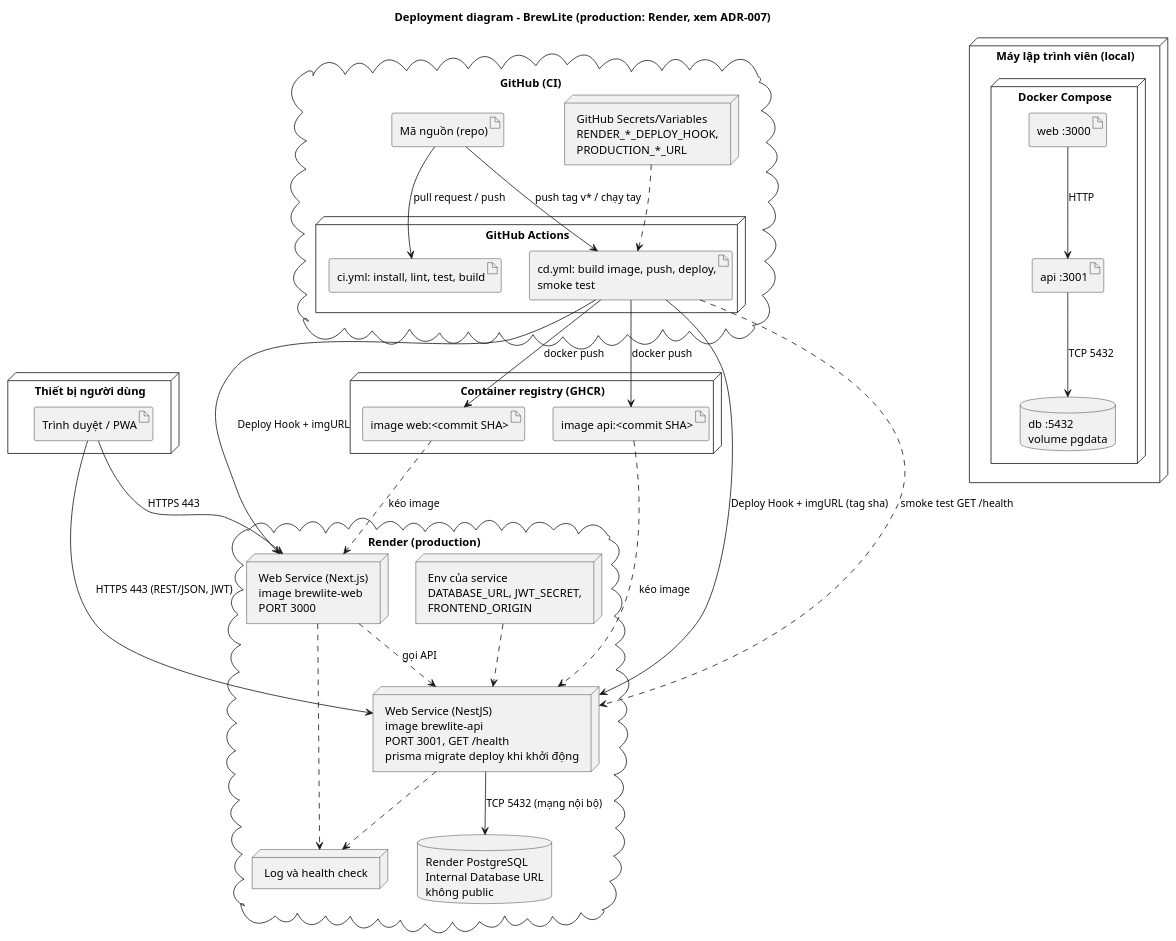
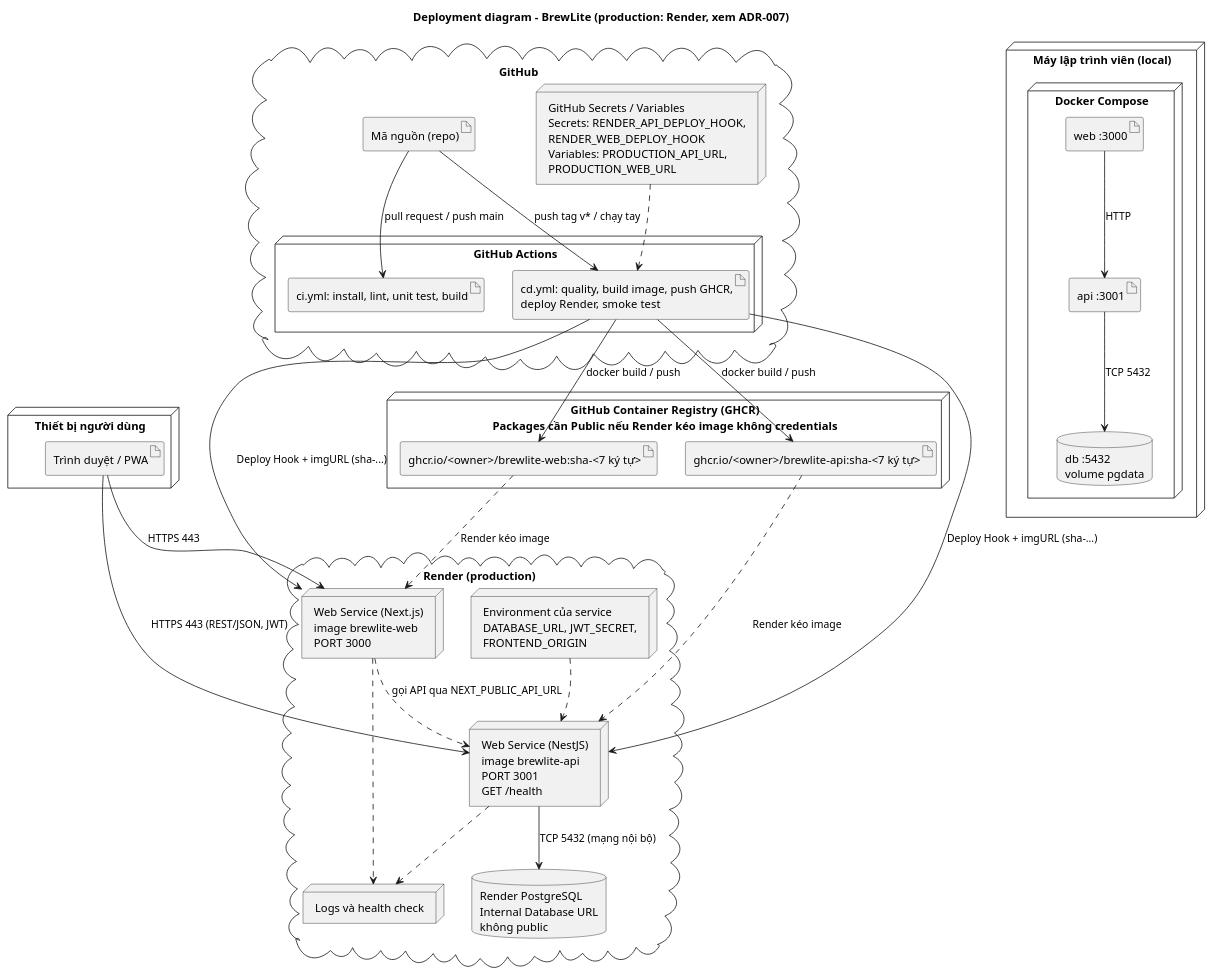
One commit to tthan-prog/BrewLite changed the diagram in docs/architecture/deployment-diagram.puml. Above: the diagram before and after it, drawn with PlantUML. The commit also changed 2 other files, not shown here.

Commit message:
Update deployment diagram and CI/CD workflows

```diff
--- a/docs/architecture/deployment-diagram.puml
+++ b/docs/architecture/deployment-diagram.puml
@@ -1,61 +1,60 @@
 @startuml deployment-diagram
 title Deployment diagram – BrewLite (production: Render, xem ADR-007)
 skinparam shadowing false
 skinparam nodeStyle rectangle
 
 node "Thiết bị người dùng" as DEV {
   artifact "Trình duyệt / PWA" as BROWSER
 }
 
 node "Máy lập trình viên (local)" as LOCAL {
   node "Docker Compose" as COMPOSE {
     artifact "web :3000" as L_WEB
     artifact "api :3001" as L_API
     database "db :5432\nvolume pgdata" as L_DB
   }
 }
 
-cloud "GitHub (CI)" as GH {
+cloud "GitHub" as GH {
+  artifact "Mã nguồn (repo)" as REPO
   node "GitHub Actions" as CI {
-    artifact "ci.yml: install, lint, test, build" as CIJOB
-    artifact "cd.yml: build image, push, deploy,\nsmoke test" as CDJOB
+    artifact "ci.yml: install, lint, unit test, build" as CIJOB
+    artifact "cd.yml: quality, build image, push GHCR,\ndeploy Render, smoke test" as CDJOB
   }
-  node "GitHub Secrets/Variables\nRENDER_*_DEPLOY_HOOK,\nPRODUCTION_*_URL" as SECRETS
-  artifact "Mã nguồn (repo)" as REPO
+  node "GitHub Secrets / Variables\nSecrets: RENDER_API_DEPLOY_HOOK,\nRENDER_WEB_DEPLOY_HOOK\nVariables: PRODUCTION_API_URL,\nPRODUCTION_WEB_URL" as SECRETS
 }
 
-node "Container registry (GHCR)" as REG {
-  artifact "image api:<commit SHA>" as IMG_API
-  artifact "image web:<commit SHA>" as IMG_WEB
+node "GitHub Container Registry (GHCR)\nPackages cần Public nếu Render kéo image không credentials" as REG {
+  artifact "ghcr.io/<owner>/brewlite-api:sha-<7 ký tự>" as IMG_API
+  artifact "ghcr.io/<owner>/brewlite-web:sha-<7 ký tự>" as IMG_WEB
 }
 
 cloud "Render (production)" as PROD {
   node "Web Service (Next.js)\nimage brewlite-web\nPORT 3000" as P_WEB
-  node "Web Service (NestJS)\nimage brewlite-api\nPORT 3001, GET /health\nprisma migrate deploy khi khởi động" as P_API
+  node "Web Service (NestJS)\nimage brewlite-api\nPORT 3001\nGET /health" as P_API
   database "Render PostgreSQL\nInternal Database URL\nkhông public" as P_DB
-  node "Env của service\nDATABASE_URL, JWT_SECRET,\nFRONTEND_ORIGIN" as P_ENV
-  node "Log và health check" as P_LOG
+  node "Environment của service\nDATABASE_URL, JWT_SECRET,\nFRONTEND_ORIGIN" as P_ENV
+  node "Logs và health check" as P_LOG
 }
 
 BROWSER --> P_WEB : HTTPS 443
 BROWSER --> P_API : HTTPS 443 (REST/JSON, JWT)
-P_WEB ..> P_API : gọi API
+P_WEB ..> P_API : gọi API qua NEXT_PUBLIC_API_URL
 P_API --> P_DB : TCP 5432 (mạng nội bộ)
 P_ENV ..> P_API
 P_API ..> P_LOG
 P_WEB ..> P_LOG
 
-REPO --> CIJOB : pull request / push
+REPO --> CIJOB : pull request / push main
 REPO --> CDJOB : push tag v* / chạy tay
 SECRETS ..> CDJOB
-CDJOB --> IMG_API : docker push
-CDJOB --> IMG_WEB : docker push
-CDJOB --> P_API : Deploy Hook + imgURL (tag sha)
-CDJOB --> P_WEB : Deploy Hook + imgURL
-CDJOB ..> P_API : smoke test GET /health
-IMG_API ..> P_API : kéo image
-IMG_WEB ..> P_WEB : kéo image
+CDJOB --> IMG_API : docker build / push
+CDJOB --> IMG_WEB : docker build / push
+CDJOB --> P_API : Deploy Hook + imgURL (sha-...)
+CDJOB --> P_WEB : Deploy Hook + imgURL (sha-...)
+IMG_API ..> P_API : Render kéo image
+IMG_WEB ..> P_WEB : Render kéo image
 
 L_WEB --> L_API : HTTP
 L_API --> L_DB : TCP 5432
 @enduml
```
